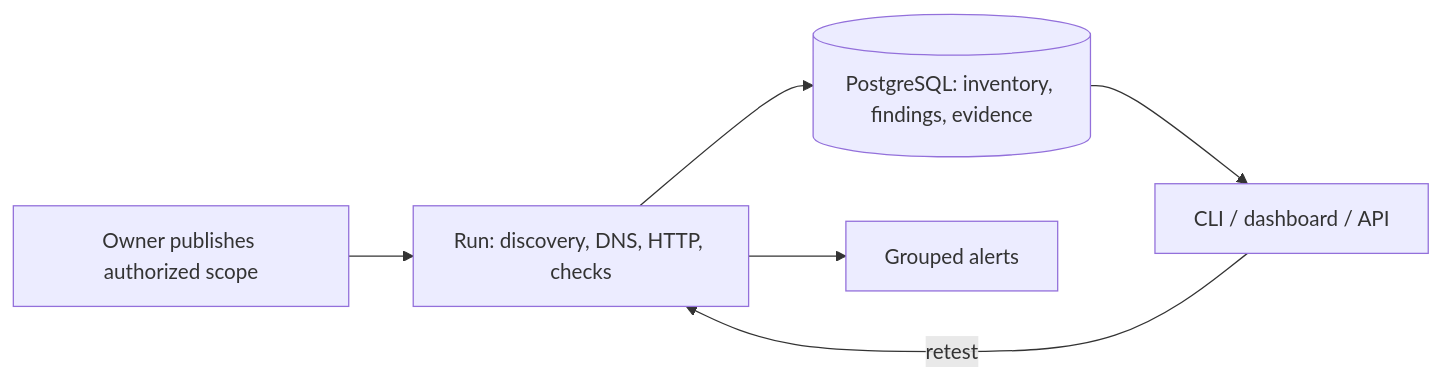
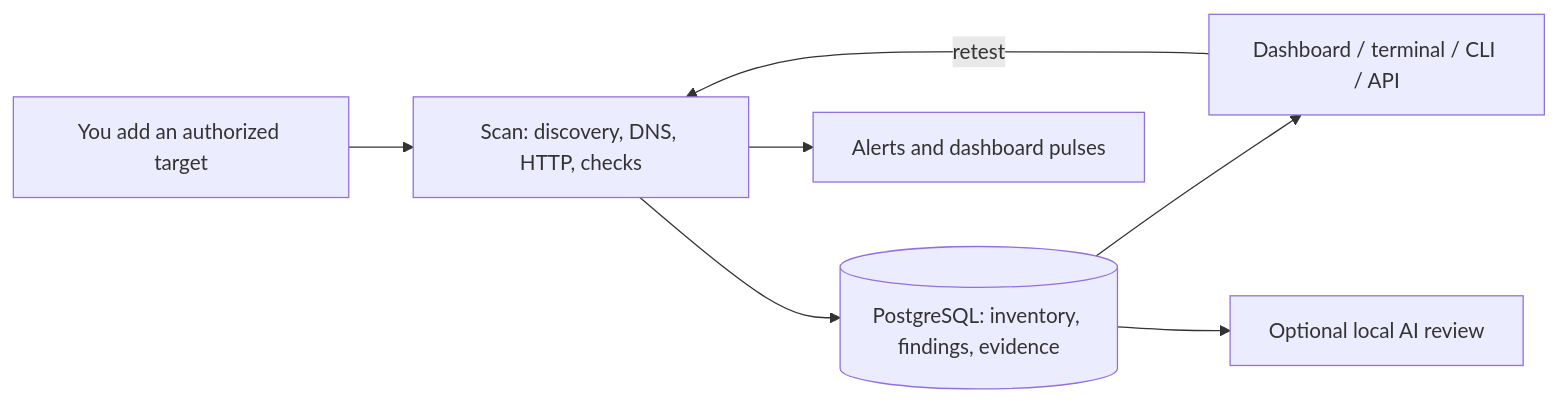
The first of 2 diagrams in README.md (OmidRahmanian/Devil-Eyes), drawn with Mermaid before and after one commit. The commit also changed other lines of this file and 41 other files, not shown here.

First line of the commit message:
Add the universe dashboard, open local access, and setup guides

````diff
--- a/README.md
+++ b/README.md
@@ -14,8 +15,9 @@
 ```mermaid
 flowchart LR
-    A[Owner publishes authorized scope] --> B[Run: discovery, DNS, HTTP, checks]
+    A[You add an authorized target] --> B[Scan: discovery, DNS, HTTP, checks]
     B --> C[(PostgreSQL: inventory, findings, evidence)]
-    B --> D[Grouped alerts]
-    C --> E[CLI / dashboard / API]
+    B --> D[Alerts and dashboard pulses]
+    C --> E[Dashboard / terminal / CLI / API]
+    C --> F[Optional local AI review]
     E -->|retest| B
 ```
````
